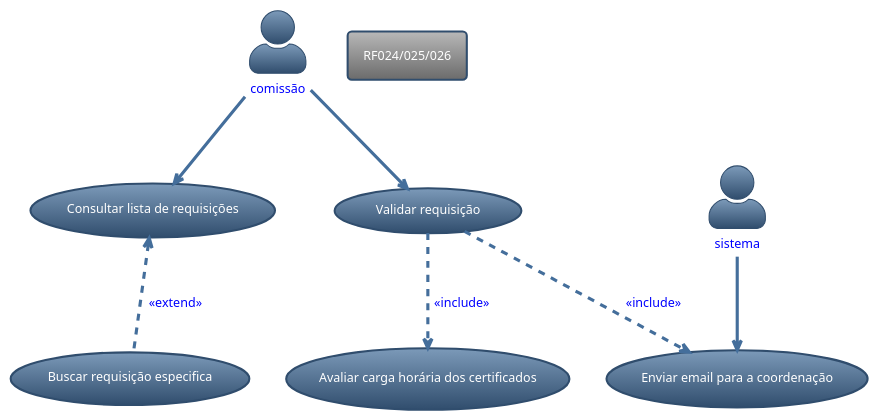
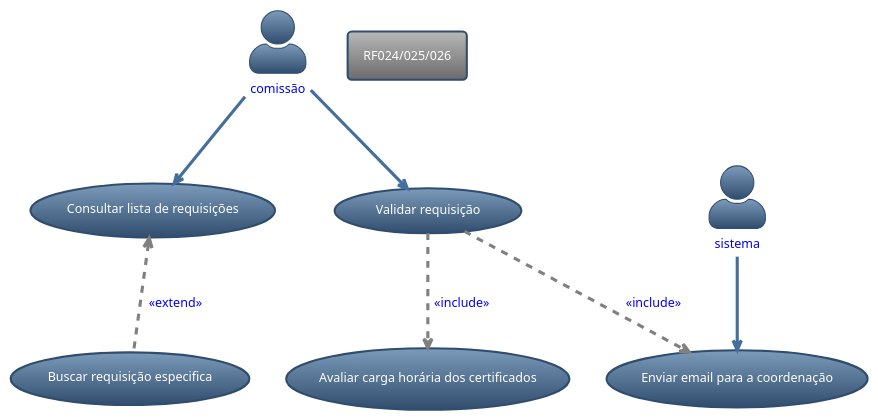
The diagram in docs_source/src/2. Níveis/2.4 Código - C4/2.4.1 Casos de uso/2.4.4 Comissão/RF_024_025_026.puml (kvojps/sistema-acs), drawn with PlantUML before and after one commit. The commit also changed 11 other files, not shown here.

```diff
--- a/docs_source/src/2. Níveis/2.4 Código - C4/2.4.1 Casos de uso/2.4.4 Comissão/RF_024_025_026.puml
+++ b/docs_source/src/2. Níveis/2.4 Código - C4/2.4.1 Casos de uso/2.4.4 Comissão/RF_024_025_026.puml
@@ -1,23 +1,23 @@
 @startuml comissao
 skinparam actorStyle awesome
 !theme spacelab 
-:comissão: as comissao #text:Blue
-:sistema: as sistema #text:Blue
+:comissão: as comissao #text:blue
+:sistema: as sistema #text:blue
 
 rectangle "RF024/025/026"
 
 (Consultar lista de requisições) as consultar
 (Avaliar carga horária dos certificados) as avaliar_ac
 (Validar requisição) as validar
 (Buscar requisição especifica) as buscar
 (Enviar email para a coordenação) as enviar_email
 
 
 comissao --> consultar
 comissao --> validar
-validar ..> avaliar_ac #text:blue : <<include>>
+validar ..> avaliar_ac #line:gray;text:blue : <<include>>
 sistema --> enviar_email 
-consultar <.. buscar #text:Blue : <<extend>>
-validar ..>enviar_email #text:blue : <<include>>
+consultar <.. buscar #line:gray;text:blue : <<extend>>
+validar ..>enviar_email #line:gray;text:blue : <<include>>
 
 @enduml
```
